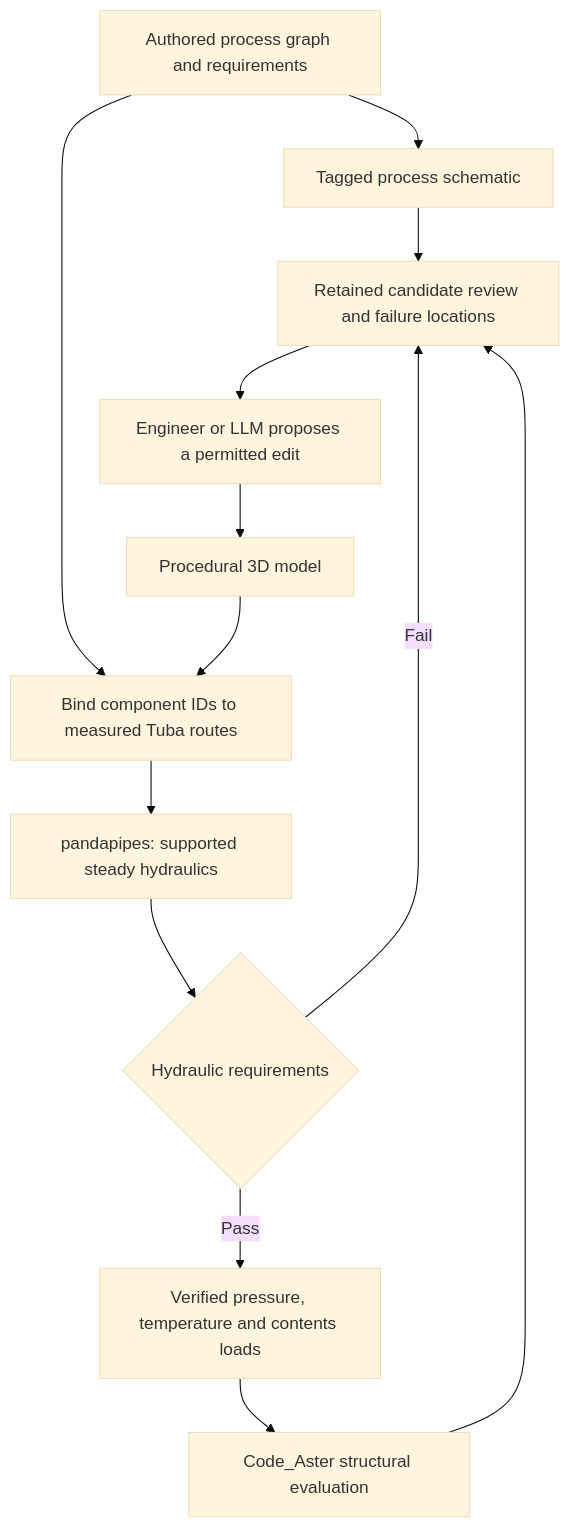
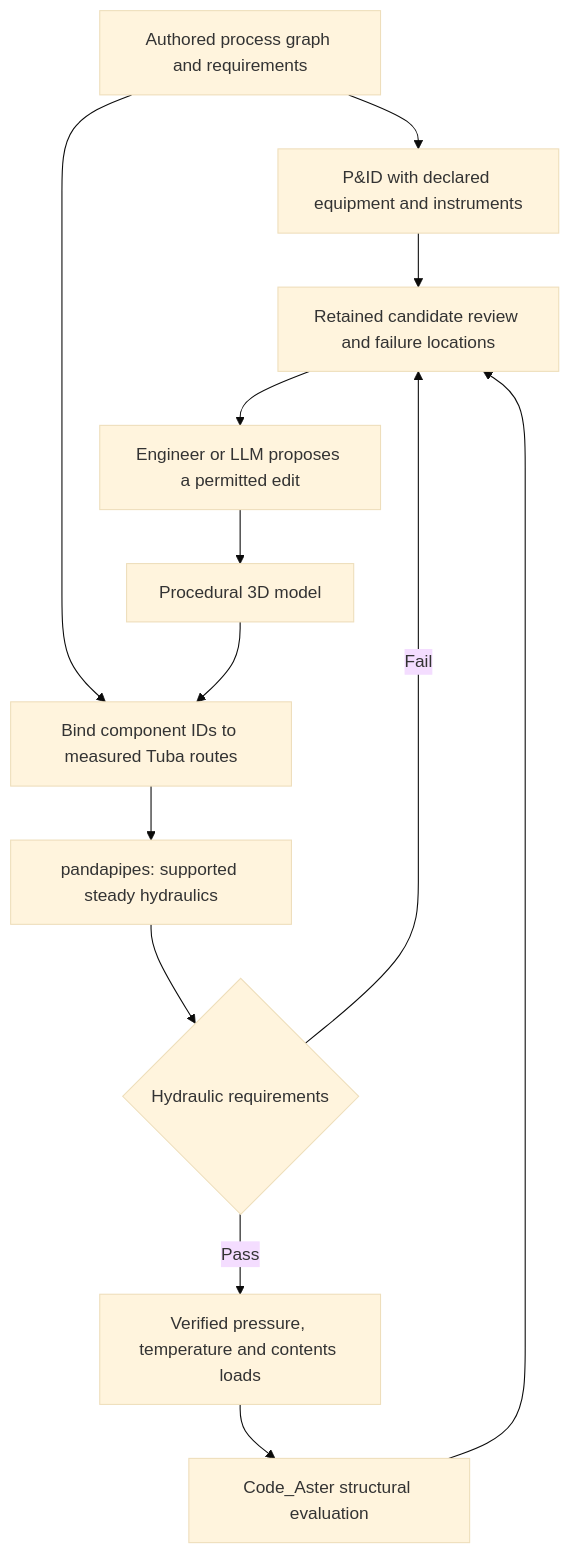
Before and after one commit to jgwagenfeld/Tuba_v4: the diagram in docs/architecture/process-model-review-study.md, drawn with Mermaid (base theme). The commit also changed other lines of this file and 19 other files, not shown here.

Commit message:
Add graph-backed instrumented P&ID review with verified solver evidence

````diff
--- a/docs/architecture/process-model-review-study.md
+++ b/docs/architecture/process-model-review-study.md
@@ -23,15 +23,15 @@
 ```mermaid
 flowchart TD
-    P[Authored process graph and requirements] --> D[Tagged process schematic]
+    P[Authored process graph and requirements] --> D[P&ID with declared equipment and instruments]
     P --> B[Bind component IDs to measured Tuba routes]
     G[Procedural 3D model] --> B
     B --> H[pandapipes: supported steady hydraulics]
     H --> C{Hydraulic requirements}
     C -->|Pass| L[Verified pressure, temperature and contents loads]
     L --> A[Code_Aster structural evaluation]
     C -->|Fail| R[Retained candidate review and failure locations]
     A --> R
     D --> R
     R --> E[Engineer or LLM proposes a permitted edit]
     E --> G
 ```
````
